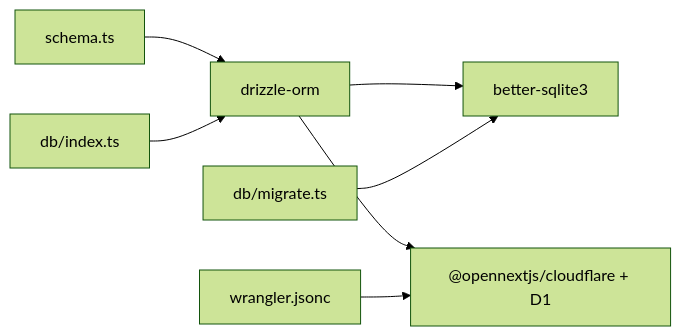
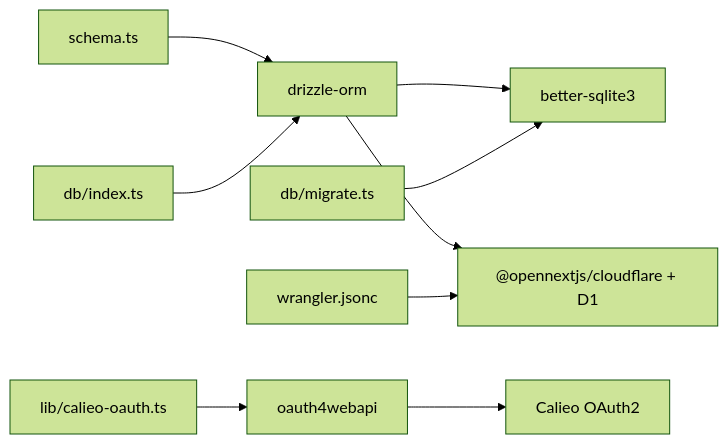
The eighth of 8 diagrams in .qoder/repowiki/zh/content/核心模块/数据库设计.md (pnnh/weable), drawn with Mermaid (forest theme) before and after one commit. The commit also changed other lines of this file and 187 other files, not shown here.

````diff
--- a/.qoder/repowiki/zh/content/核心模块/数据库设计.md
+++ b/.qoder/repowiki/zh/content/核心模块/数据库设计.md
@@ -251,9 +325,11 @@
 ```mermaid
 graph LR
 DRZ["drizzle-orm"] --> SQLITE["better-sqlite3"]
 DRZ --> D1["@opennextjs/cloudflare + D1"]
+OAUTH["oauth4webapi"] --> CALIEO["Calieo OAuth2"]
 SCHEMA["schema.ts"] --> DRZ
 INDEX["db/index.ts"] --> DRZ
 MIGRATE["db/migrate.ts"] --> SQLITE
 WRANGLER["wrangler.jsonc"] --> D1
+CALIEO_OAUTH["lib/calieo-oauth.ts"] --> OAUTH
 ```
````
